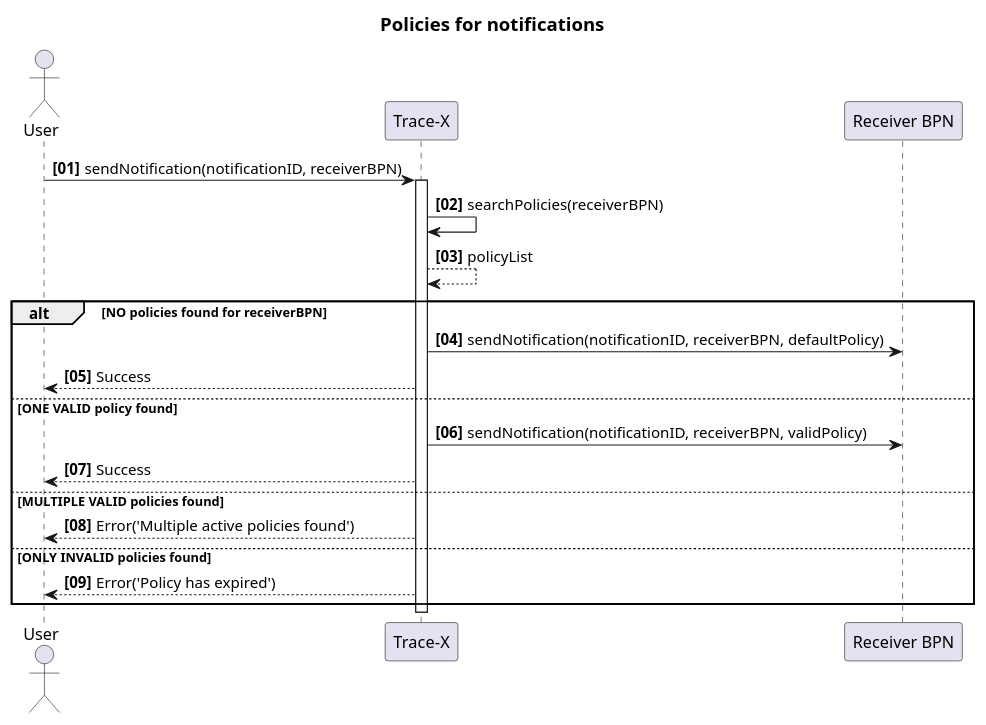
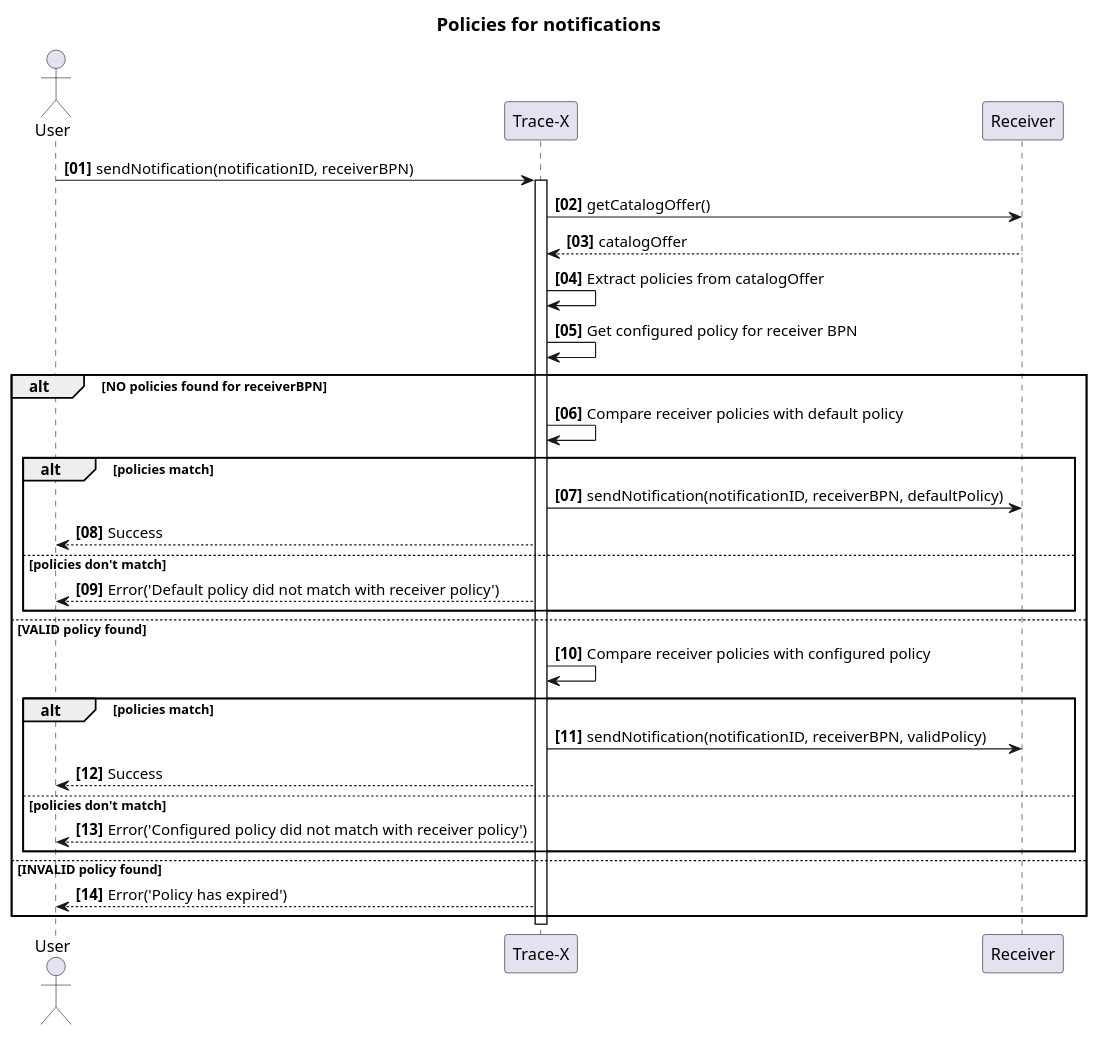
One commit to eclipse-tractusx/traceability-foss changed the diagram in docs/concept/#1108-policy-management-enhancement/notification-policy.puml. Above: the diagram before and after it, drawn with PlantUML. The commit also changed 12 other files, not shown here.

```diff
--- a/docs/concept/#1108-policy-management-enhancement/notification-policy.puml
+++ b/docs/concept/#1108-policy-management-enhancement/notification-policy.puml
@@ -1,30 +1,39 @@
 @startuml
 title
     ==Policies for notifications
 end title
 
 autonumber "<B>[00]"
 
 actor "User" as U order 0
 participant "Trace-X" as TX order 1
-participant "Receiver BPN" as R order 2
+participant "Receiver" as R order 2
 
 U -> TX: sendNotification(notificationID, receiverBPN)
 activate TX
-TX -> TX: searchPolicies(receiverBPN)
-TX --> TX: policyList
+TX -> R: getCatalogOffer()
+R --> TX: catalogOffer
+TX -> TX: Extract policies from catalogOffer
+TX -> TX: Get configured policy for receiver BPN
 alt NO policies found for receiverBPN
+TX -> TX: Compare receiver policies with default policy
+alt policies match
 TX -> R: sendNotification(notificationID, receiverBPN, defaultPolicy)
 TX --> U: Success
-else ONE VALID policy found
+else policies don't match
+TX --> U: Error('Default policy did not match with receiver policy')
+end
+else VALID policy found
+TX -> TX: Compare receiver policies with configured policy
+alt policies match
 TX -> R: sendNotification(notificationID, receiverBPN, validPolicy)
 TX --> U: Success
-else MULTIPLE VALID policies found
-TX --> U: Error('Multiple active policies found')
-else ONLY INVALID policies found
+else policies don't match
+TX --> U: Error('Configured policy did not match with receiver policy')
+end
+else INVALID policy found
 TX --> U: Error('Policy has expired')
 end
 deactivate TX
 
-
 @enduml
```
